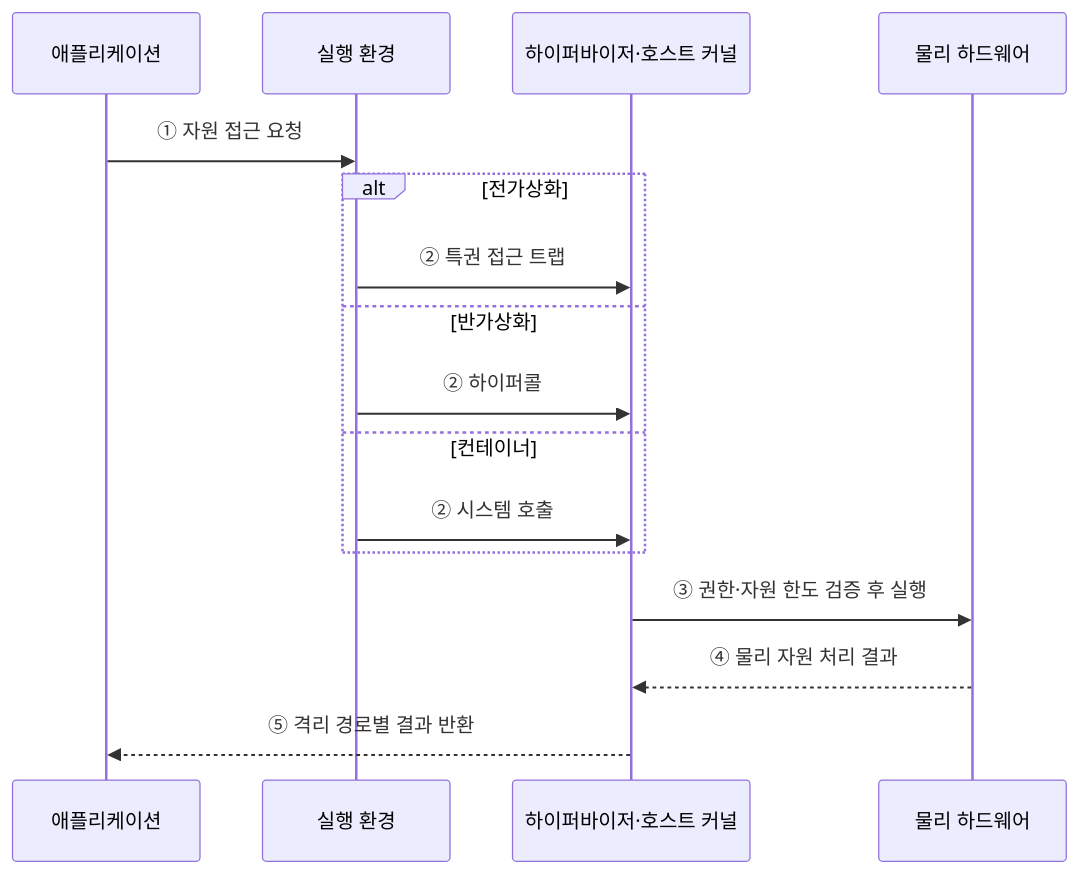
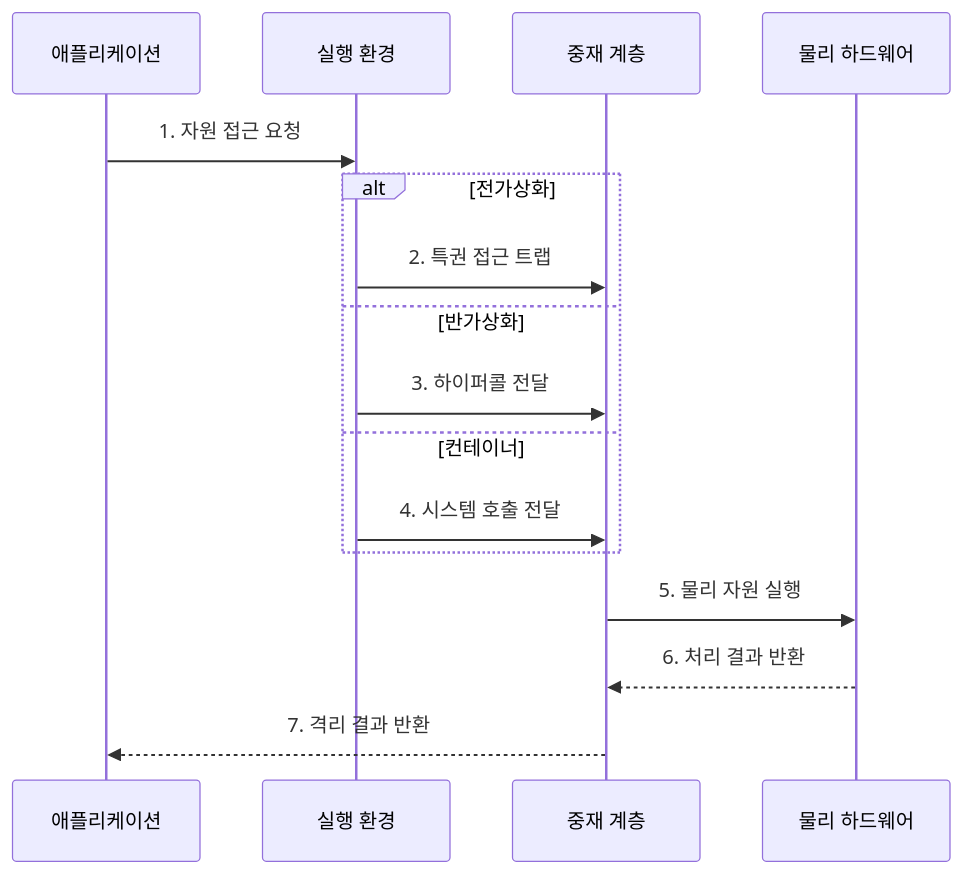
One commit to agnusdei1207/knowledge-base changed the second of 2 diagrams in src/content/docs/notes/03-software/019_full_para_container_virtualization.md. Above: the diagram before and after it, drawn with Mermaid. The commit also changed other lines of this file and 20 other files, not shown here.

````diff
--- a/src/content/docs/notes/03-software/019_full_para_container_virtualization.md
+++ b/src/content/docs/notes/03-software/019_full_para_container_virtualization.md
@@ -86,18 +89,18 @@
 ```mermaid
 sequenceDiagram
     participant A as 애플리케이션
     participant E as 실행 환경
-    participant R as 하이퍼바이저·호스트 커널
+    participant R as 중재 계층
     participant H as 물리 하드웨어
-    A->>E: ① 자원 접근 요청
+    A->>E: 1. 자원 접근 요청
     alt 전가상화
-        E->>R: ② 특권 접근 트랩
+        E->>R: 2. 특권 접근 트랩
     else 반가상화
-        E->>R: ② 하이퍼콜
+        E->>R: 3. 하이퍼콜 전달
     else 컨테이너
-        E->>R: ② 시스템 호출
+        E->>R: 4. 시스템 호출 전달
     end
-    R->>H: ③ 권한·자원 한도 검증 후 실행
-    H-->>R: ④ 물리 자원 처리 결과
-    R-->>A: ⑤ 격리 경로별 결과 반환
+    R->>H: 5. 물리 자원 실행
+    H-->>R: 6. 처리 결과 반환
+    R-->>A: 7. 격리 결과 반환
 ```
````
